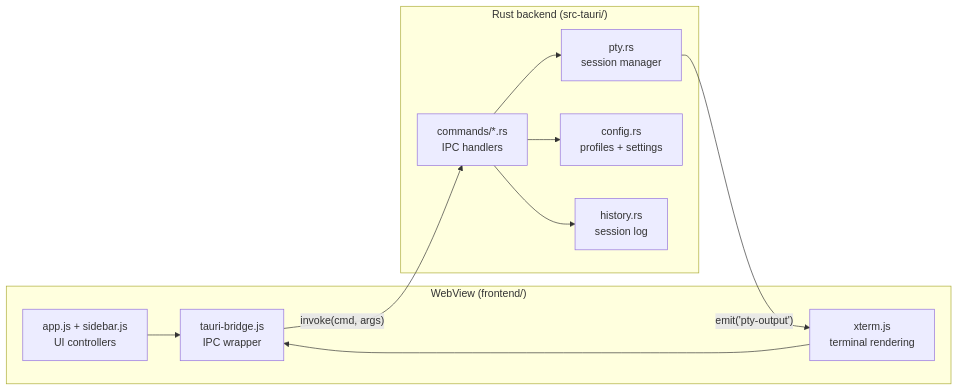
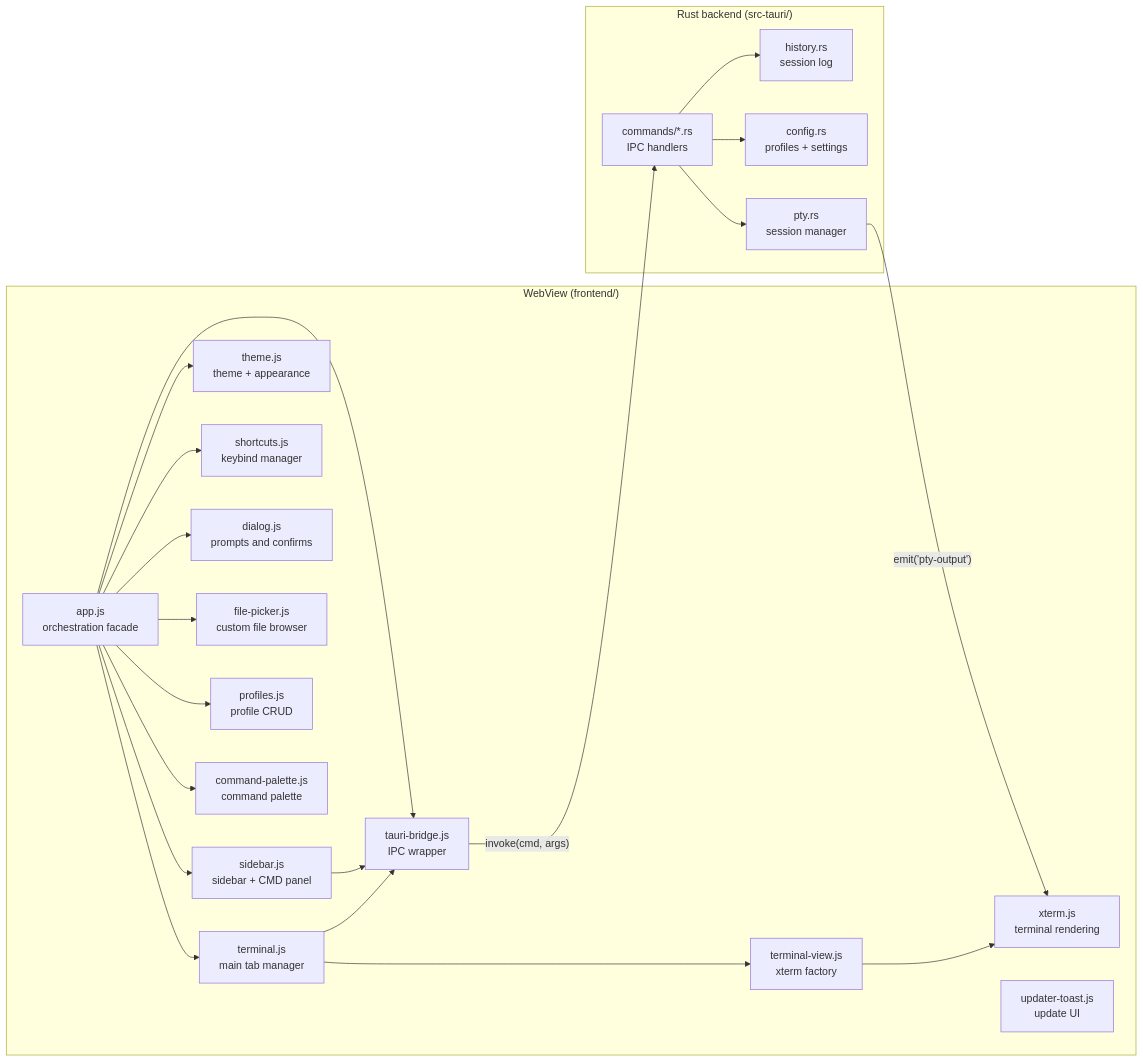
One commit to noahain/Monoloth changed the diagram in ARCHITECTURE.md. Above: the diagram before and after it, drawn with Mermaid. The commit also changed other lines of this file and 2 other files, not shown here.

Commit message:
docs: update ARCHITECTURE, CONTRIBUTING, and SECURITY docs

````diff
--- a/ARCHITECTURE.md
+++ b/ARCHITECTURE.md
@@ -12,23 +12,44 @@
 ```mermaid
 flowchart LR
     subgraph WebView["WebView (frontend/)"]
-        UI["app.js + sidebar.js<br/>UI controllers"]
+        APP["app.js<br/>orchestration facade"]
+        TERM["terminal.js<br/>main tab manager"]
+        SIDE["sidebar.js<br/>sidebar + CMD panel"]
+        PAL["command-palette.js<br/>command palette"]
+        PROF["profiles.js<br/>profile CRUD"]
+        FP["file-picker.js<br/>custom file browser"]
+        DIALOG["dialog.js<br/>prompts and confirms"]
+        SHORT["shortcuts.js<br/>keybind manager"]
+        THEME["theme.js<br/>theme + appearance"]
         XT["xterm.js<br/>terminal rendering"]
+        TV["terminal-view.js<br/>xterm factory"]
         BR["tauri-bridge.js<br/>IPC wrapper"]
-        UI --> BR
-        XT --> BR
+        UP["updater-toast.js<br/>update UI"]
+        APP --> TERM
+        APP --> SIDE
+        APP --> PAL
+        APP --> PROF
+        APP --> FP
+        APP --> DIALOG
+        APP --> SHORT
+        APP --> THEME
+        TERM --> TV
+        TV --> XT
+        APP --> BR
+        TERM --> BR
+        SIDE --> BR
     end
 
     subgraph Rust["Rust backend (src-tauri/)"]
         CMD["commands/*.rs<br/>IPC handlers"]
         PTY["pty.rs<br/>session manager"]
         CFG["config.rs<br/>profiles + settings"]
         HIST["history.rs<br/>session log"]
         CMD --> PTY
         CMD --> CFG
         CMD --> HIST
     end
 
     BR -- "invoke(cmd, args)" --> CMD
     PTY -- "emit('pty-output')" --> XT
 ```
````
